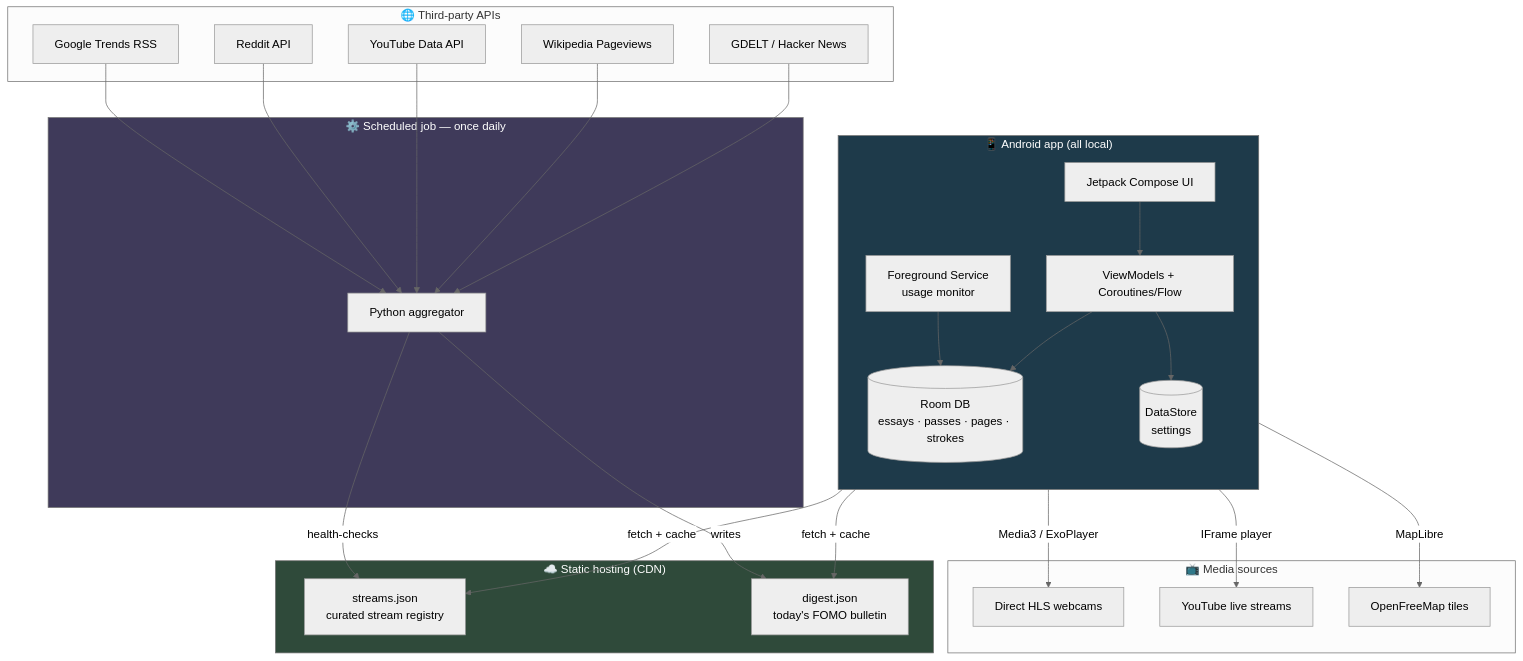
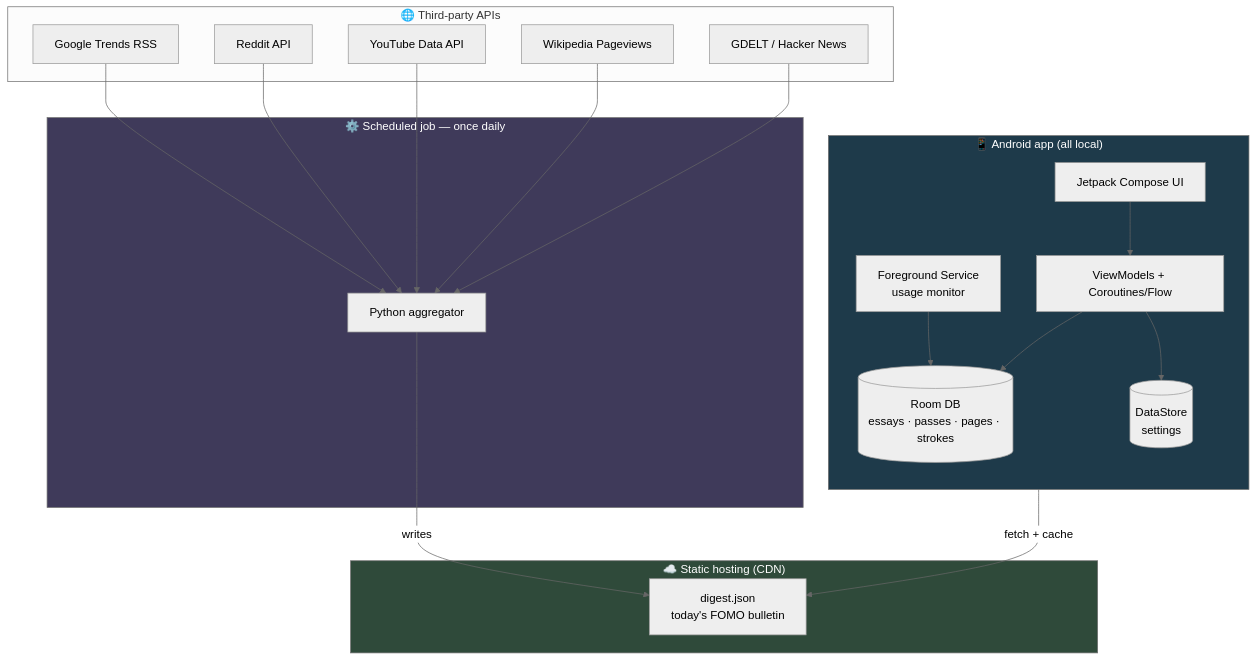
One commit to Kavana917/TouchGrass changed the first of 3 diagrams in context/tech_stack.md. Above: the diagram before and after it, drawn with Mermaid (neutral theme). The commit also changed other lines of this file and 33 other files, not shown here.

````diff
--- a/context/tech_stack.md
+++ b/context/tech_stack.md
@@ -24,55 +24,43 @@
 ```mermaid
 flowchart TB
     subgraph phone ["📱 Android app (all local)"]
         direction TB
         UI["Jetpack Compose UI"]
         VM["ViewModels + Coroutines/Flow"]
         SVC["Foreground Service<br/>usage monitor"]
         DB[("Room DB<br/>essays · passes · pages · strokes")]
         DS[("DataStore<br/>settings")]
         UI --> VM --> DB
         VM --> DS
         SVC --> DB
     end
 
     subgraph net ["☁️ Static hosting (CDN)"]
-        R["streams.json<br/>curated stream registry"]
         D["digest.json<br/>today's FOMO bulletin"]
     end
 
     subgraph job ["⚙️ Scheduled job — once daily"]
         F["Python aggregator"]
     end
 
     subgraph ext ["🌐 Third-party APIs"]
         A["Google Trends RSS"]
         B["Reddit API"]
         C["YouTube Data API"]
         E["Wikipedia Pageviews"]
         G["GDELT / Hacker News"]
     end
 
-    subgraph media ["📺 Media sources"]
-        H["Direct HLS webcams"]
-        Y["YouTube live streams"]
-        M["OpenFreeMap tiles"]
-    end
-
     A --> F
     B --> F
     C --> F
     E --> F
     G --> F
     F -->|"writes"| D
-    F -->|"health-checks"| R
 
-    VM -->|"fetch + cache"| R
     VM -->|"fetch + cache"| D
-    UI -->|"Media3 / ExoPlayer"| H
-    UI -->|"IFrame player"| Y
-    UI -->|"MapLibre"| M
 
     style phone fill:#1e3a4a,color:#fff
     style job fill:#3f3a5a,color:#fff
     style net fill:#2f4a3a,color:#fff
 ```
````
